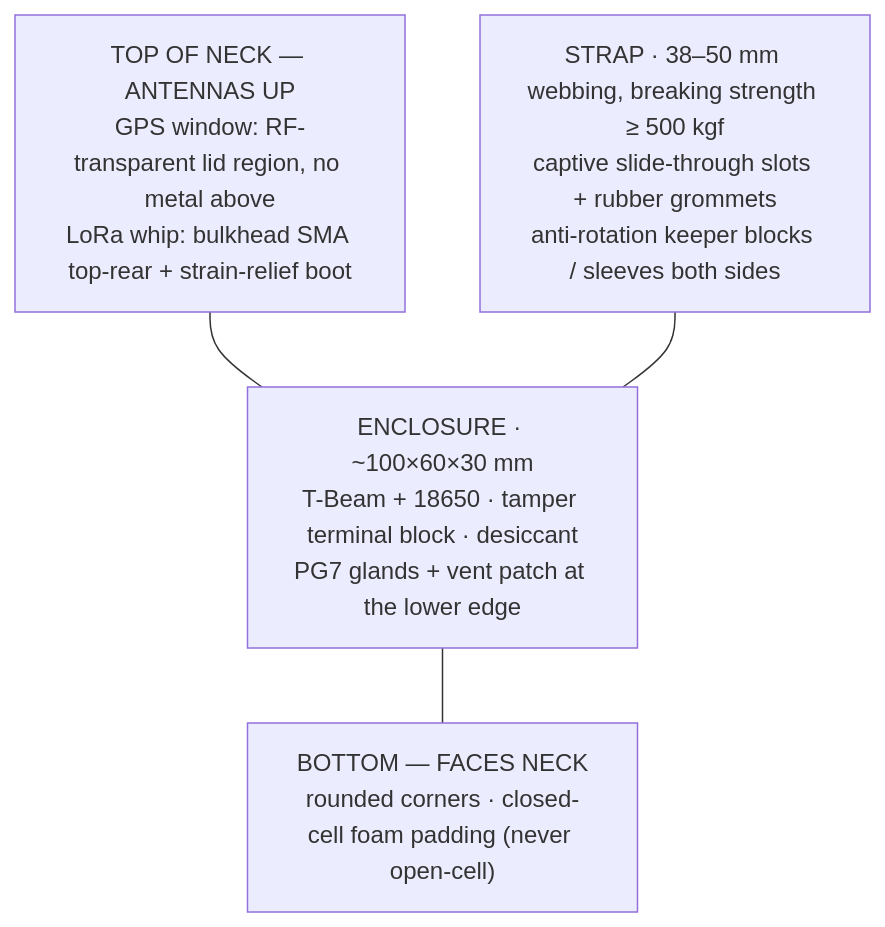
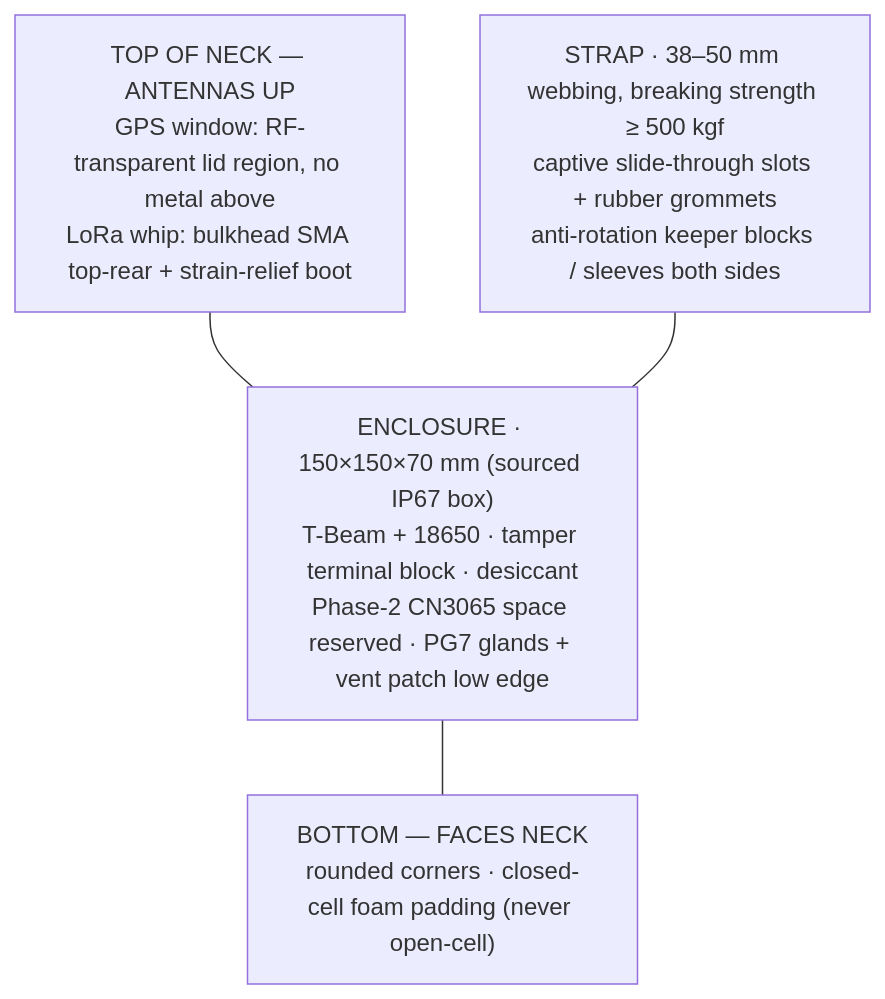
The diagram in docs/ENCLOSURE.md (qppd/smart-collar), drawn with Mermaid before and after one commit. The commit also changed other lines of this file and 17 other files, not shown here.

First line of the commit message:
Docs: complete offline-first build guide with wiring diagram and Map Pack

````diff
--- a/docs/ENCLOSURE.md
+++ b/docs/ENCLOSURE.md
@@ -60,9 +60,9 @@
 ```mermaid
 flowchart TB
     TOP["TOP OF NECK — ANTENNAS UP<br/>GPS window: RF-transparent lid region, no metal above<br/>LoRa whip: bulkhead SMA top-rear + strain-relief boot"]
-    BOX["ENCLOSURE · ~100×60×30 mm<br/>T-Beam + 18650 · tamper terminal block · desiccant<br/>PG7 glands + vent patch at the lower edge"]
+    BOX["ENCLOSURE · 150×150×70 mm (sourced IP67 box)<br/>T-Beam + 18650 · tamper terminal block · desiccant<br/>Phase-2 CN3065 space reserved · PG7 glands + vent patch low edge"]
     PAD["BOTTOM — FACES NECK<br/>rounded corners · closed-cell foam padding (never open-cell)"]
     TOP --- BOX
     BOX --- PAD
     STRAP["STRAP · 38–50 mm webbing, breaking strength ≥ 500 kgf<br/>captive slide-through slots + rubber grommets<br/>anti-rotation keeper blocks / sleeves both sides"] --- BOX
 ```
````
